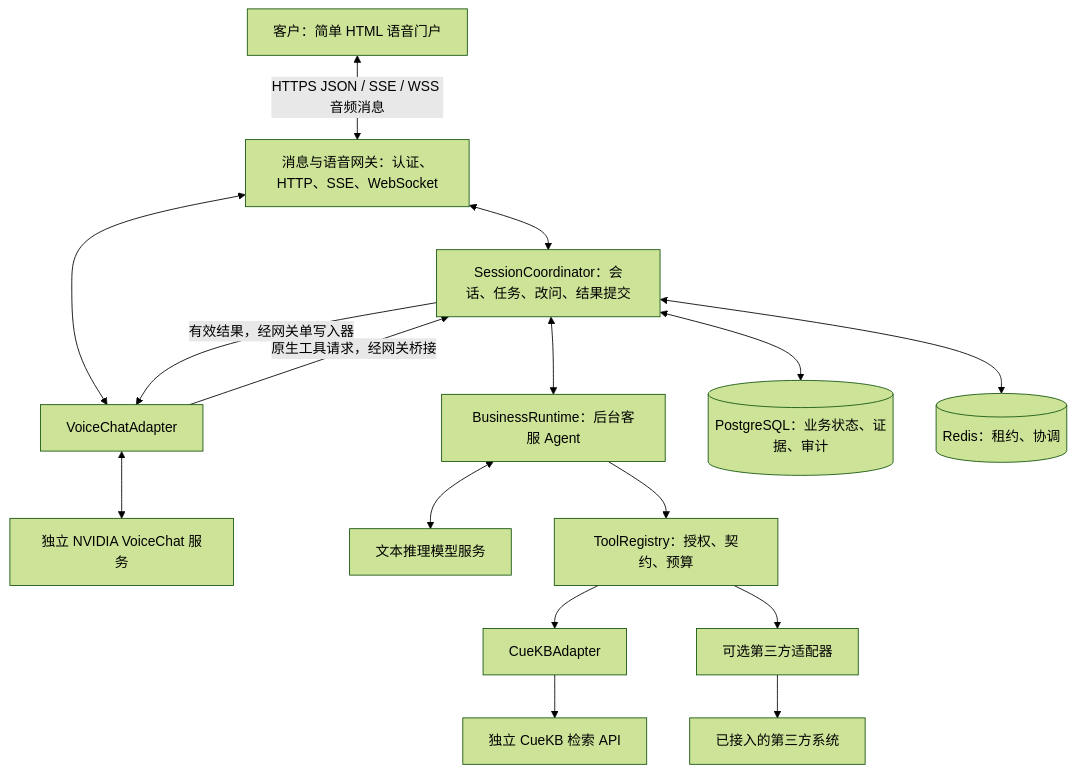
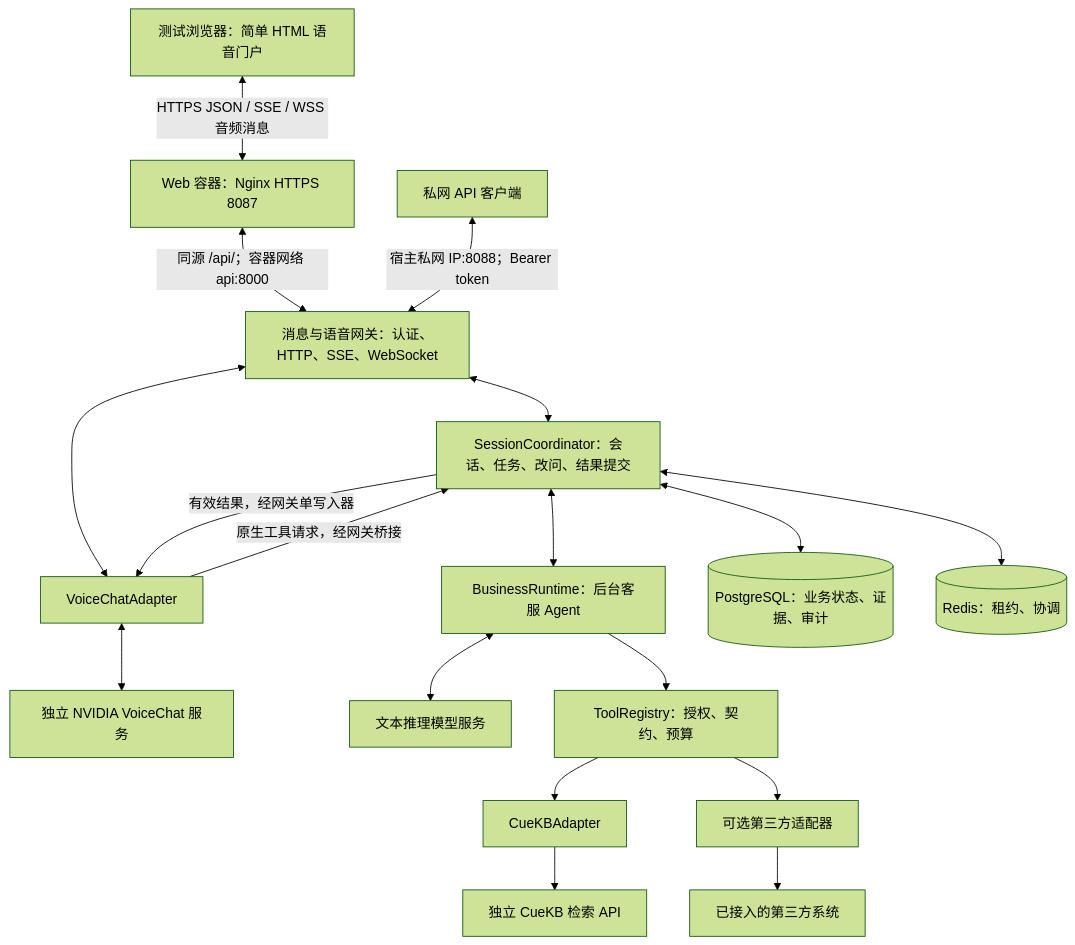
Before and after one commit to ttonghao-thao/voice-service-agent: the diagram in docs/architecture.md, drawn with Mermaid (forest theme). The commit also changed other lines of this file and 30 other files, not shown here.

````diff
--- a/docs/architecture.md
+++ b/docs/architecture.md
@@ -21,30 +20,34 @@
 ```mermaid
 flowchart TB
-    U[客户：简单 HTML 语音门户]
+    U[测试浏览器：简单 HTML 语音门户]
+    W[Web 容器：Nginx HTTPS 8087]
+    P[私网 API 客户端]
     G[消息与语音网关：认证、HTTP、SSE、WebSocket]
     C[SessionCoordinator：会话、任务、改问、结果提交]
     V[VoiceChatAdapter]
     N[独立 NVIDIA VoiceChat 服务]
     B[BusinessRuntime：后台客服 Agent]
     L[文本推理模型服务]
     T[ToolRegistry：授权、契约、预算]
     K[CueKBAdapter]
     Q[独立 CueKB 检索 API]
     X[可选第三方适配器]
     E[已接入的第三方系统]
     S[(PostgreSQL：业务状态、证据、审计)]
     R[(Redis：租约、协调)]
-    U <-->|HTTPS JSON / SSE / WSS 音频消息| G
+    U <-->|HTTPS JSON / SSE / WSS 音频消息| W
+    W <-->|同源 /api/；容器网络 api:8000| G
+    P <-->|宿主私网 IP:8088；Bearer token| G
     G <--> C
     G <--> V
     V <--> N
     V -->|原生工具请求，经网关桥接| C
     C <--> B
     B <--> L
     B --> T
     T --> K --> Q
     T --> X --> E
     C -->|有效结果，经网关单写入器| V
     C <--> S
     C <--> R
 ```
````
